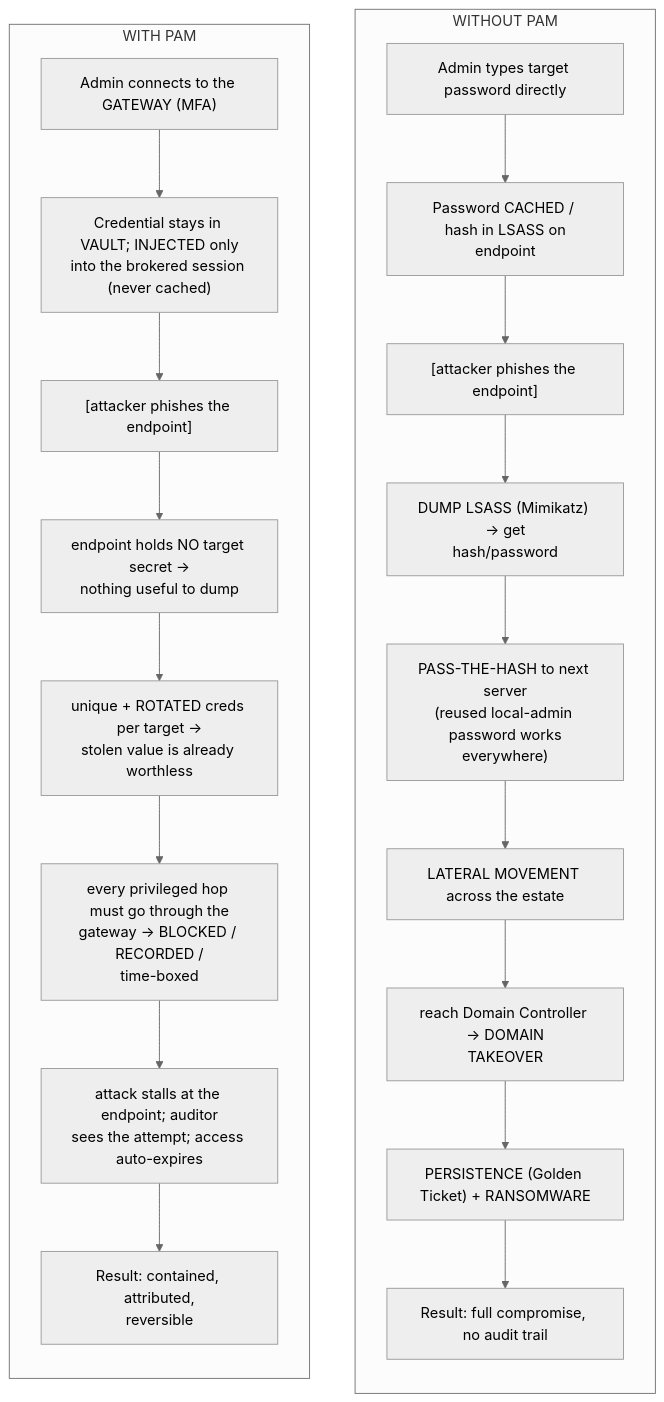
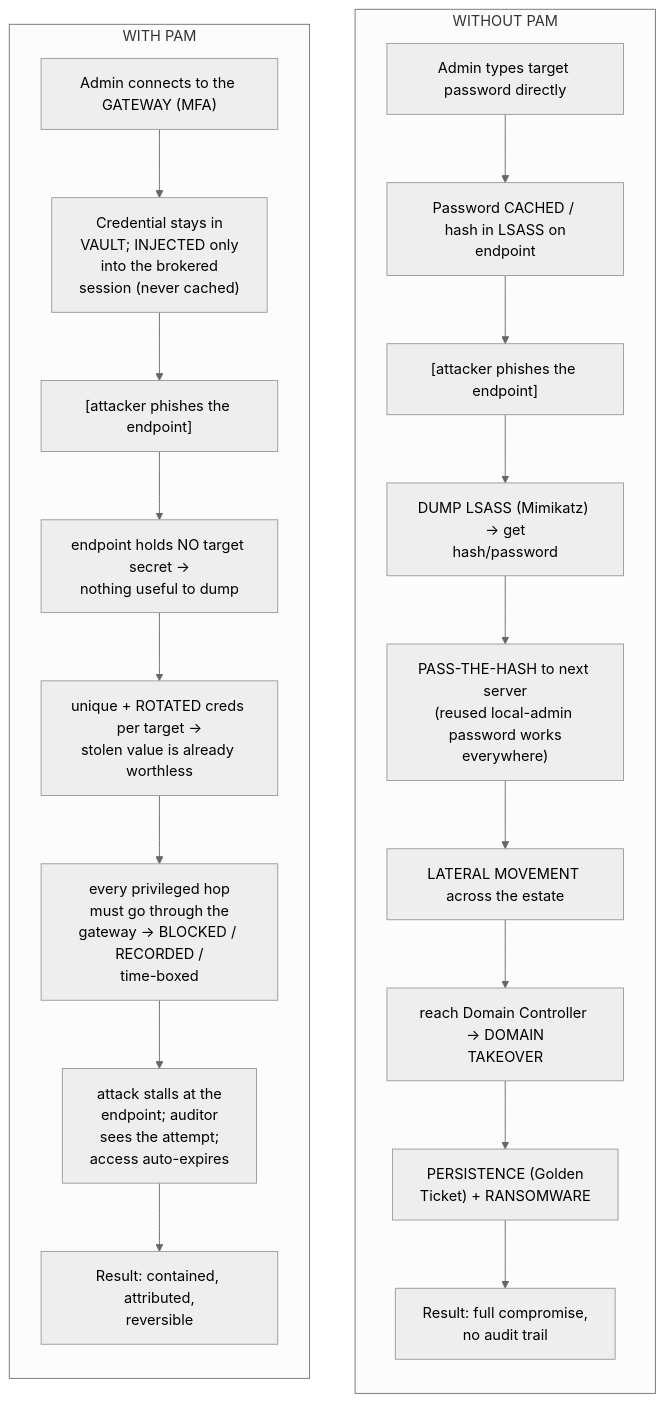
One commit to morandeirachema/WallixCerts changed the second of 2 diagrams in foundations/pam-threat-landscape.md. Above: the diagram before and after it, drawn with Mermaid (neutral theme). The commit also changed 35 other files, not shown here.

First line of the commit message:
Tidy Mermaid boxes: balanced wrapping at a narrower width (36)

````diff
--- a/foundations/pam-threat-landscape.md
+++ b/foundations/pam-threat-landscape.md
@@ -126,28 +126,28 @@
 ```mermaid
 flowchart TD
     subgraph WITHOUT["WITHOUT PAM"]
         direction TB
         WO1["Admin types target password directly"]
         WO2["Password CACHED / hash in LSASS on<br/>endpoint"]
         WO3["[attacker phishes the endpoint]"]
         WO4["DUMP LSASS (Mimikatz) → get<br/>hash/password"]
         WO5["PASS-THE-HASH to next server<br/>(reused local-admin password works<br/>everywhere)"]
         WO6["LATERAL MOVEMENT across the estate"]
         WO7["reach Domain Controller → DOMAIN<br/>TAKEOVER"]
-        WO8["PERSISTENCE (Golden Ticket) + RANSOMWARE"]
-        WOR["Result: full compromise, no audit trail"]
+        WO8["PERSISTENCE (Golden<br/>Ticket) + RANSOMWARE"]
+        WOR["Result: full compromise,<br/>no audit trail"]
         WO1 --> WO2 --> WO3 --> WO4 --> WO5 --> WO6 --> WO7 --> WO8 --> WOR
     end
     subgraph WITH["WITH PAM"]
         direction TB
         WI1["Admin connects to the GATEWAY (MFA)"]
-        WI2["Credential stays in VAULT; INJECTED only<br/>into the brokered session (never cached)"]
+        WI2["Credential stays in<br/>VAULT; INJECTED only<br/>into the brokered<br/>session (never cached)"]
         WI3["[attacker phishes the endpoint]"]
         WI4["endpoint holds NO target secret →<br/>nothing useful to dump"]
         WI5["unique + ROTATED creds per target →<br/>stolen value is already worthless"]
-        WI6["every privileged hop must go through the<br/>gateway → BLOCKED / RECORDED /<br/>time-boxed"]
-        WI7["attack stalls at the endpoint; auditor<br/>sees the attempt; access auto-expires"]
+        WI6["every privileged hop<br/>must go through the<br/>gateway → BLOCKED / RECORDED /<br/>time-boxed"]
+        WI7["attack stalls at the<br/>endpoint; auditor<br/>sees the attempt;<br/>access auto-expires"]
         WIR["Result: contained, attributed,<br/>reversible"]
         WI1 --> WI2 --> WI3 --> WI4 --> WI5 --> WI6 --> WI7 --> WIR
     end
 ```
````
